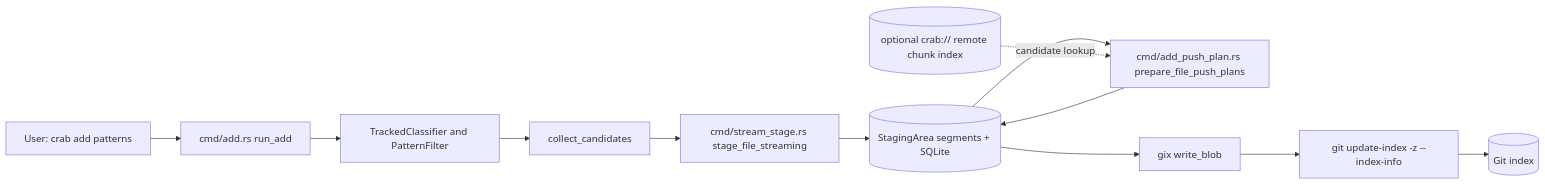
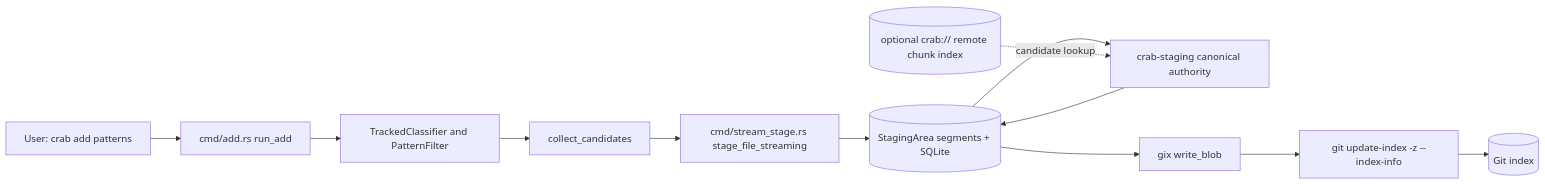
The first of 5 diagrams in crab/docs/design/add.md (crabbuild/crab), drawn with Mermaid before and after one commit. The commit also changed other lines of this file and 15 other files, not shown here.

````diff
--- a/crab/docs/design/add.md
+++ b/crab/docs/design/add.md
@@ -10,24 +10,24 @@
 ```mermaid
 flowchart LR
     user[User: crab add patterns]
     cli[cmd/add.rs run_add]
     attrs[TrackedClassifier and PatternFilter]
     walker[collect_candidates]
     stream[cmd/stream_stage.rs stage_file_streaming]
     staging[(StagingArea segments + SQLite)]
-    plan[cmd/add_push_plan.rs prepare_file_push_plans]
+    plan[crab-staging canonical authority]
     remote[(optional crab:// remote chunk index)]
     gitblob[gix write_blob]
     gitindex[git update-index -z --index-info]
     index[(Git index)]
 
     user --> cli
     cli --> attrs --> walker
     walker --> stream
     stream --> staging
     staging --> plan
     remote -. candidate lookup .-> plan
     plan --> staging
     staging --> gitblob
     gitblob --> gitindex --> index
 ```
````
